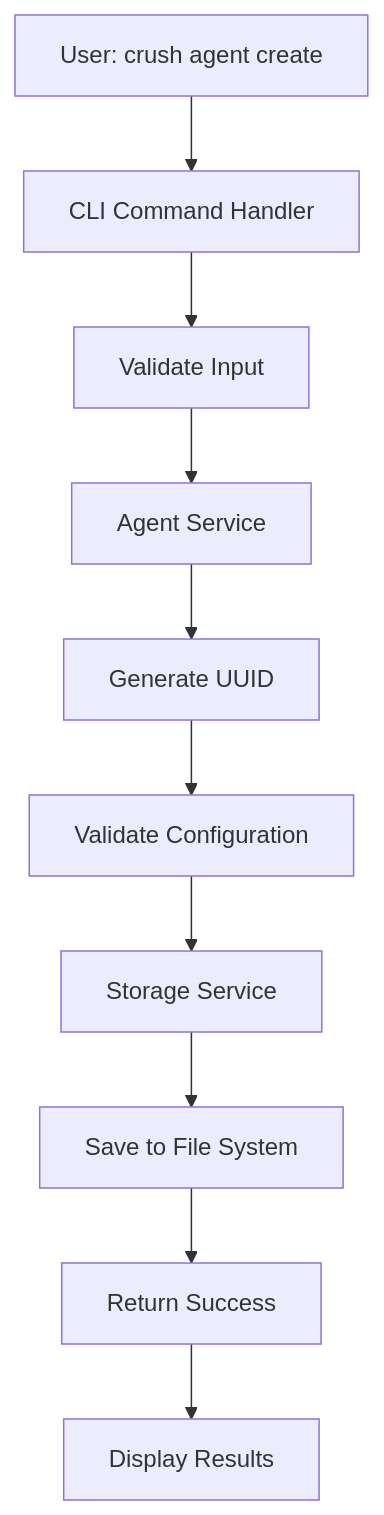
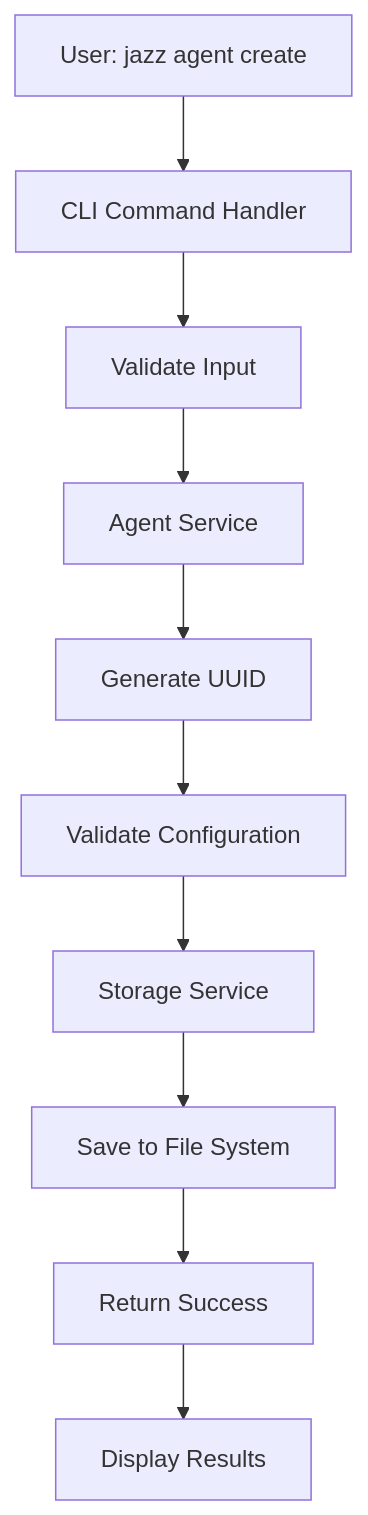
The first of 2 diagrams in docs/architecture.md (lvndry/crush), drawn with Mermaid before and after one commit. The commit also changed other lines of this file and 32 other files, not shown here.

Commit message:
rename crush to jazz (#9)

````diff
--- a/docs/architecture.md
+++ b/docs/architecture.md
@@ -170,12 +170,12 @@
 ```mermaid
 graph TD
-    A[User: crush agent create] --> B[CLI Command Handler]
+    A[User: jazz agent create] --> B[CLI Command Handler]
     B --> C[Validate Input]
     C --> D[Agent Service]
     D --> E[Generate UUID]
     E --> F[Validate Configuration]
     F --> G[Storage Service]
     G --> H[Save to File System]
     H --> I[Return Success]
     I --> J[Display Results]
 ```
````
